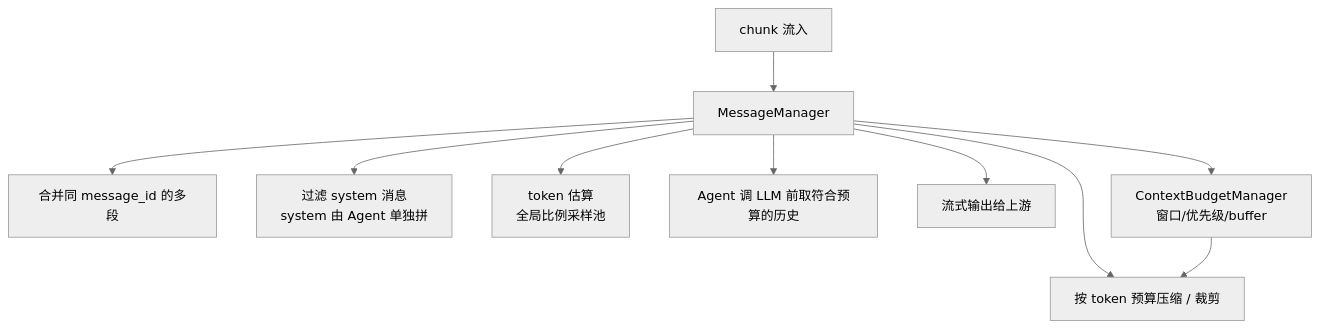
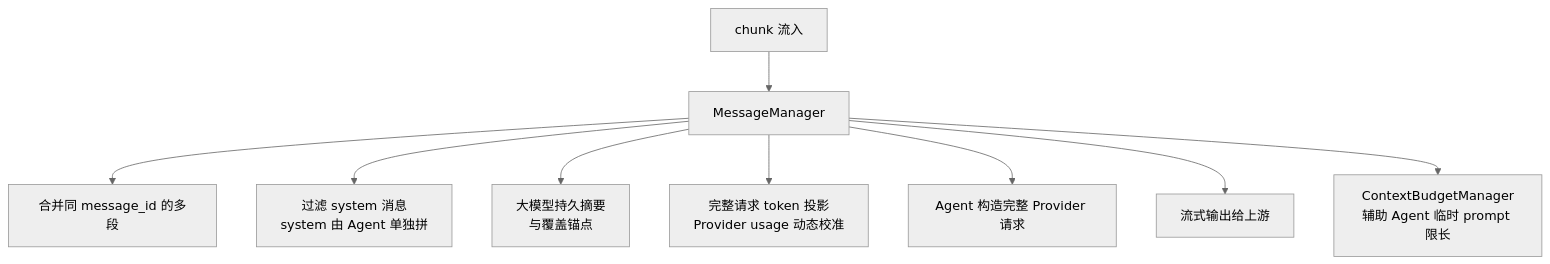
One commit to ZHangZHengEric/Sage changed the sixth of 10 diagrams in docs/zh/architecture/ARCHITECTURE_SAGENTS_SESSION_CONTEXT.md. Above: the diagram before and after it, drawn with Mermaid (neutral theme). The commit also changed other lines of this file and 25 other files, not shown here.

Commit message:
refactor: use persistent LLM context summaries

````diff
--- a/docs/zh/architecture/ARCHITECTURE_SAGENTS_SESSION_CONTEXT.md
+++ b/docs/zh/architecture/ARCHITECTURE_SAGENTS_SESSION_CONTEXT.md
@@ -117,12 +117,11 @@
 ```mermaid
 flowchart TB
     Inputs[chunk 流入] --> MM[MessageManager]
     MM --> Merge[合并同 message_id 的多段]
     MM --> Filter[过滤 system 消息<br/>system 由 Agent 单独拼]
-    MM --> Compress[按 token 预算压缩 / 裁剪]
-    MM --> Estimate[token 估算<br/>全局比例采样池]
-    MM --> Out1[Agent 调 LLM 前取符合预算的历史]
+    MM --> Compress[大模型持久摘要<br/>与覆盖锚点]
+    MM --> Estimate[完整请求 token 投影<br/>Provider usage 动态校准]
+    MM --> Out1[Agent 构造完整 Provider 请求]
     MM --> Out2[流式输出给上游]
-    MM --> CB[ContextBudgetManager<br/>窗口/优先级/buffer]
-    CB --> Compress
+    MM --> CB[ContextBudgetManager<br/>辅助 Agent 临时 prompt 限长]
 ```
````
